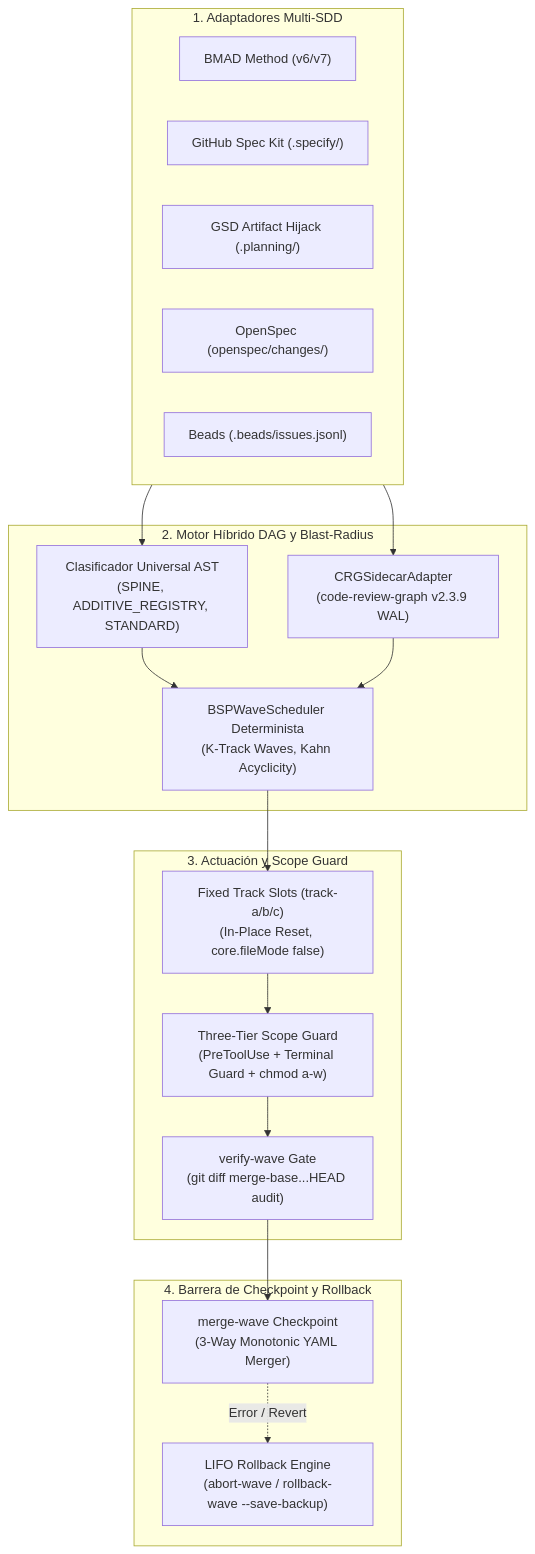
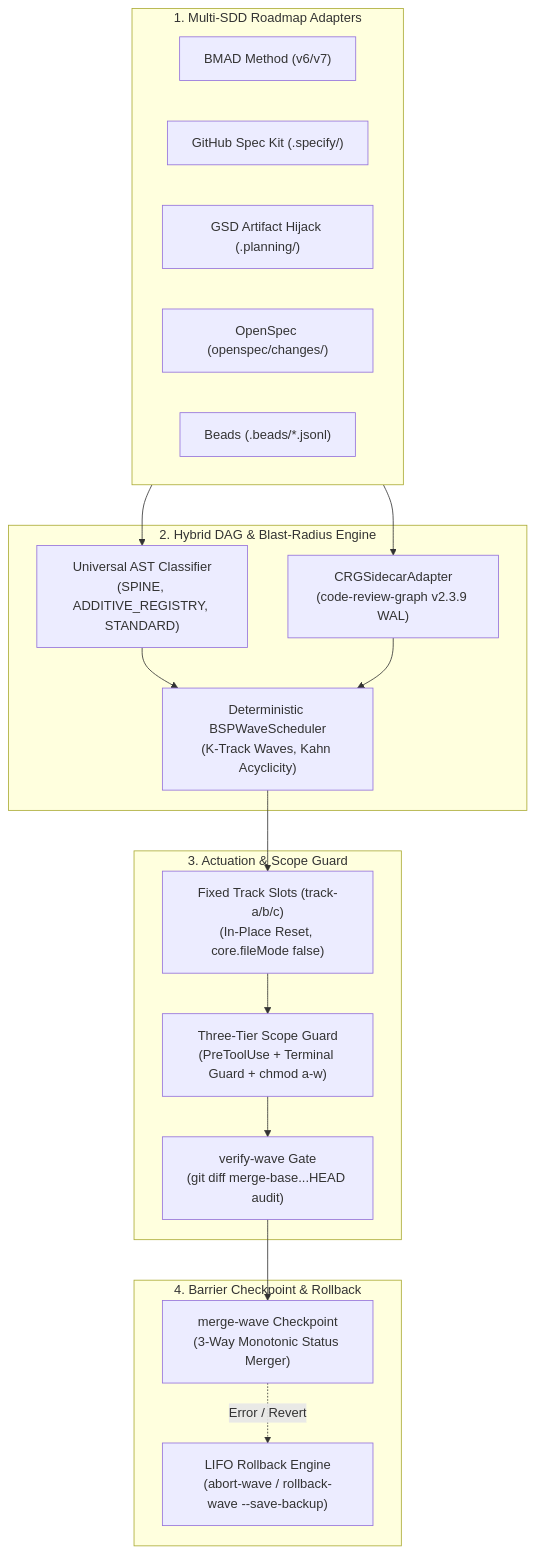
Before and after one commit to stopActingSoSmall/sdd-parallel: the diagram in docs/i18n/es/README.md, drawn with Mermaid. The commit also changed other lines of this file and 14 other files, not shown here.

````diff
--- a/docs/i18n/es/README.md
+++ b/docs/i18n/es/README.md
@@ -157,34 +545,34 @@
 ```mermaid
 flowchart TD
-    subgraph Inputs["1. Adaptadores Multi-SDD"]
+    subgraph Inputs["1. Multi-SDD Roadmap Adapters"]
         BMAD["BMAD Method (v6/v7)"]
         SpecKit["GitHub Spec Kit (.specify/)"]
         GSD["GSD Artifact Hijack (.planning/)"]
         OpenSpec["OpenSpec (openspec/changes/)"]
-        Beads["Beads (.beads/issues.jsonl)"]
+        Beads["Beads (.beads/*.jsonl)"]
     end
 
-    subgraph Engine["2. Motor Híbrido DAG y Blast-Radius"]
-        AST["Clasificador Universal AST\n(SPINE, ADDITIVE_REGISTRY, STANDARD)"]
+    subgraph Engine["2. Hybrid DAG & Blast-Radius Engine"]
+        AST["Universal AST Classifier\n(SPINE, ADDITIVE_REGISTRY, STANDARD)"]
         CRG["CRGSidecarAdapter\n(code-review-graph v2.3.9 WAL)"]
-        BSP["BSPWaveScheduler Determinista\n(K-Track Waves, Kahn Acyclicity)"]
+        BSP["Deterministic BSPWaveScheduler\n(K-Track Waves, Kahn Acyclicity)"]
     end
 
-    subgraph Actuation["3. Actuación y Scope Guard"]
+    subgraph Actuation["3. Actuation & Scope Guard"]
         Slots["Fixed Track Slots (track-a/b/c)\n(In-Place Reset, core.fileMode false)"]
         Guard["Three-Tier Scope Guard\n(PreToolUse + Terminal Guard + chmod a-w)"]
         Verify["verify-wave Gate\n(git diff merge-base...HEAD audit)"]
     end
 
-    subgraph Barrier["4. Barrera de Checkpoint y Rollback"]
-        Merge["merge-wave Checkpoint\n(3-Way Monotonic YAML Merger)"]
+    subgraph Barrier["4. Barrier Checkpoint & Rollback"]
+        Merge["merge-wave Checkpoint\n(3-Way Monotonic Status Merger)"]
         Rollback["LIFO Rollback Engine\n(abort-wave / rollback-wave --save-backup)"]
     end
 
     Inputs --> AST & CRG
     AST & CRG --> BSP
     BSP --> Slots
     Slots --> Guard --> Verify
     Verify --> Merge
     Merge -. Error / Revert .-> Rollback
 ```
````
